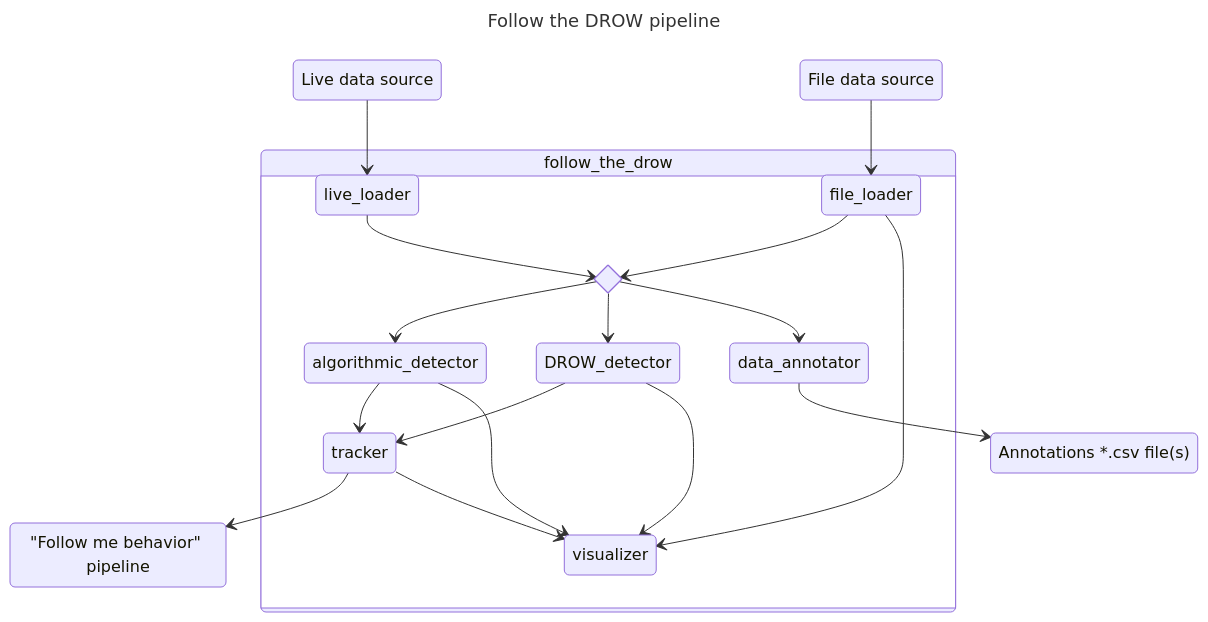
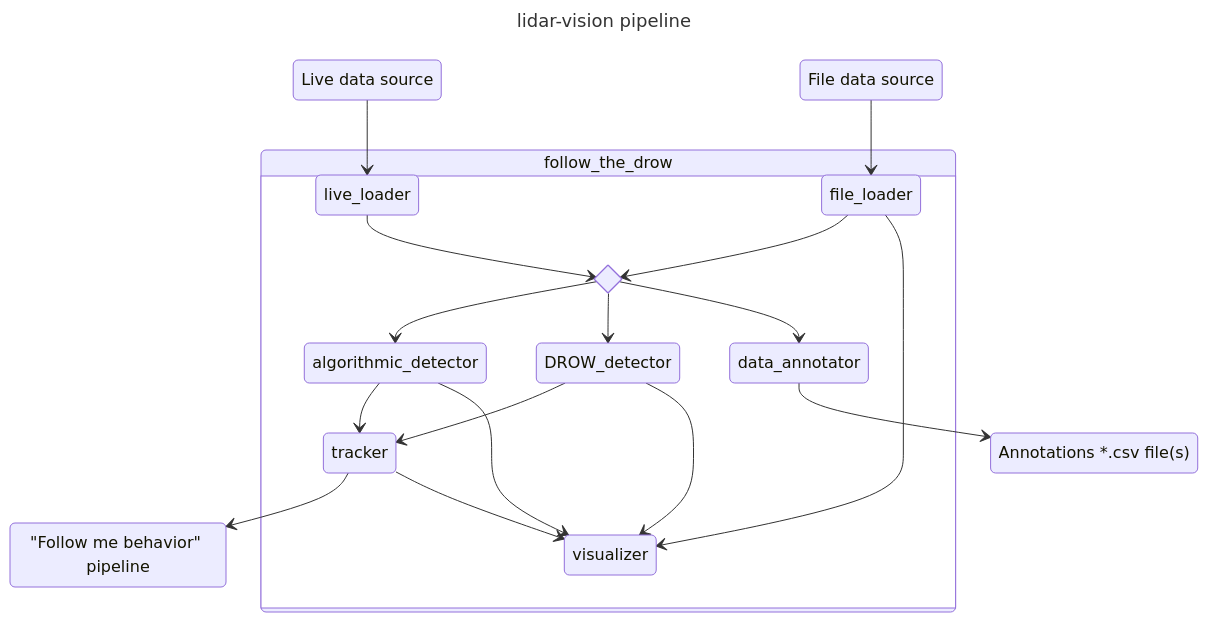
The diagram in AGENTS.md (pseusys/lidar-vision), drawn with Mermaid before and after one commit. The commit also changed other lines of this file and 7 other files, not shown here.

````diff
--- a/AGENTS.md
+++ b/AGENTS.md
@@ -121,32 +121,32 @@
 ```mermaid
 ---
-title: Follow the DROW pipeline
+title: lidar-vision pipeline
 ---
 
 stateDiagram-v2
     live_source: Live data source
     file_source: File data source
     detection_output: "Follow me behavior" pipeline
     annotation_file: Annotations *.csv file(s)
 
     live_source --> live_loader
     file_source --> file_loader
 
     tracker --> detection_output
     data_annotator --> annotation_file
 
     state follow_the_drow {
         state raw_data <<choice>>
         live_loader --> raw_data
         file_loader --> raw_data
         file_loader --> visualizer
         raw_data --> algorithmic_detector
         raw_data --> DROW_detector
         raw_data --> data_annotator
         algorithmic_detector --> tracker
         algorithmic_detector --> visualizer
         DROW_detector --> tracker
         DROW_detector --> visualizer
         tracker --> visualizer
     }
 ```
````
